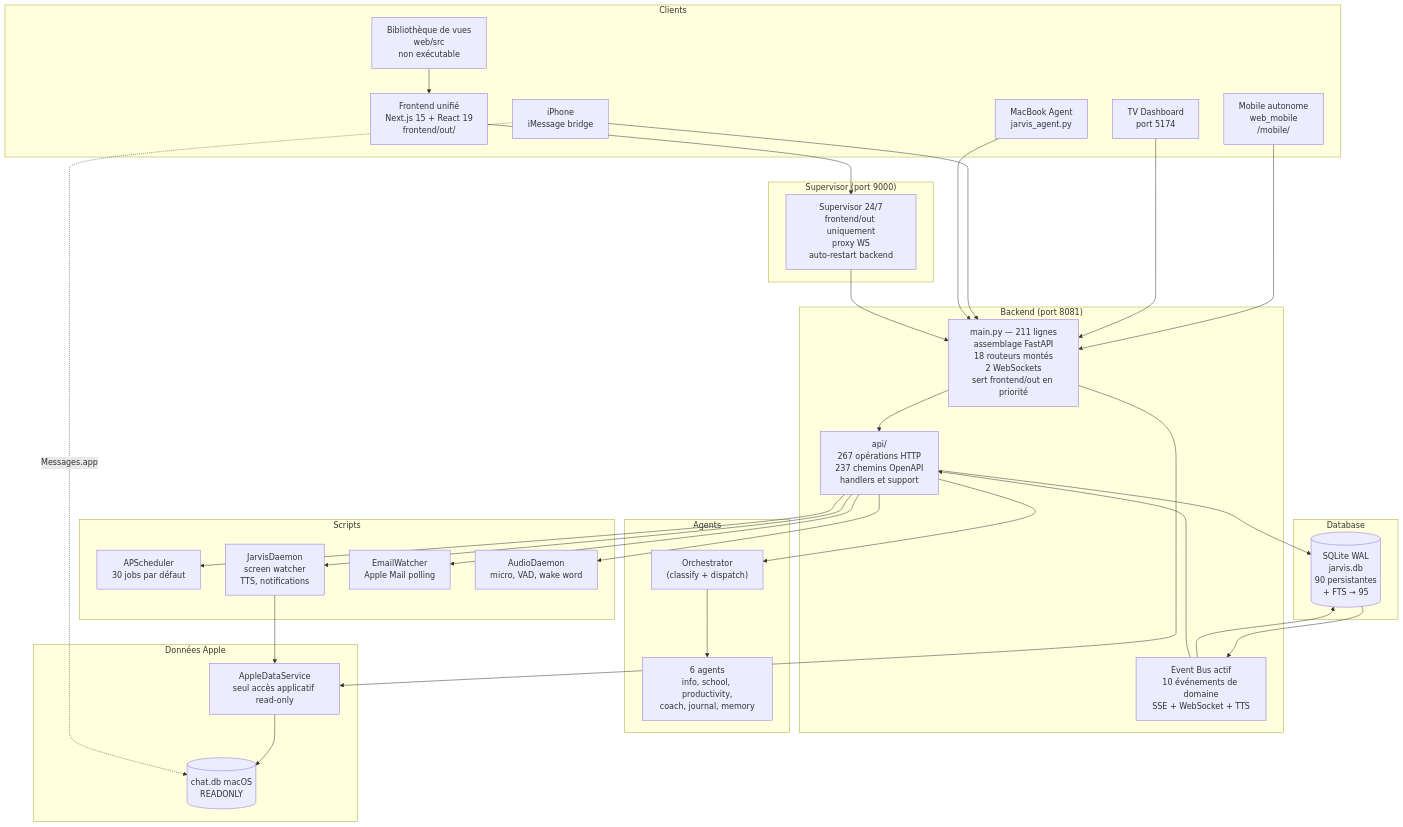
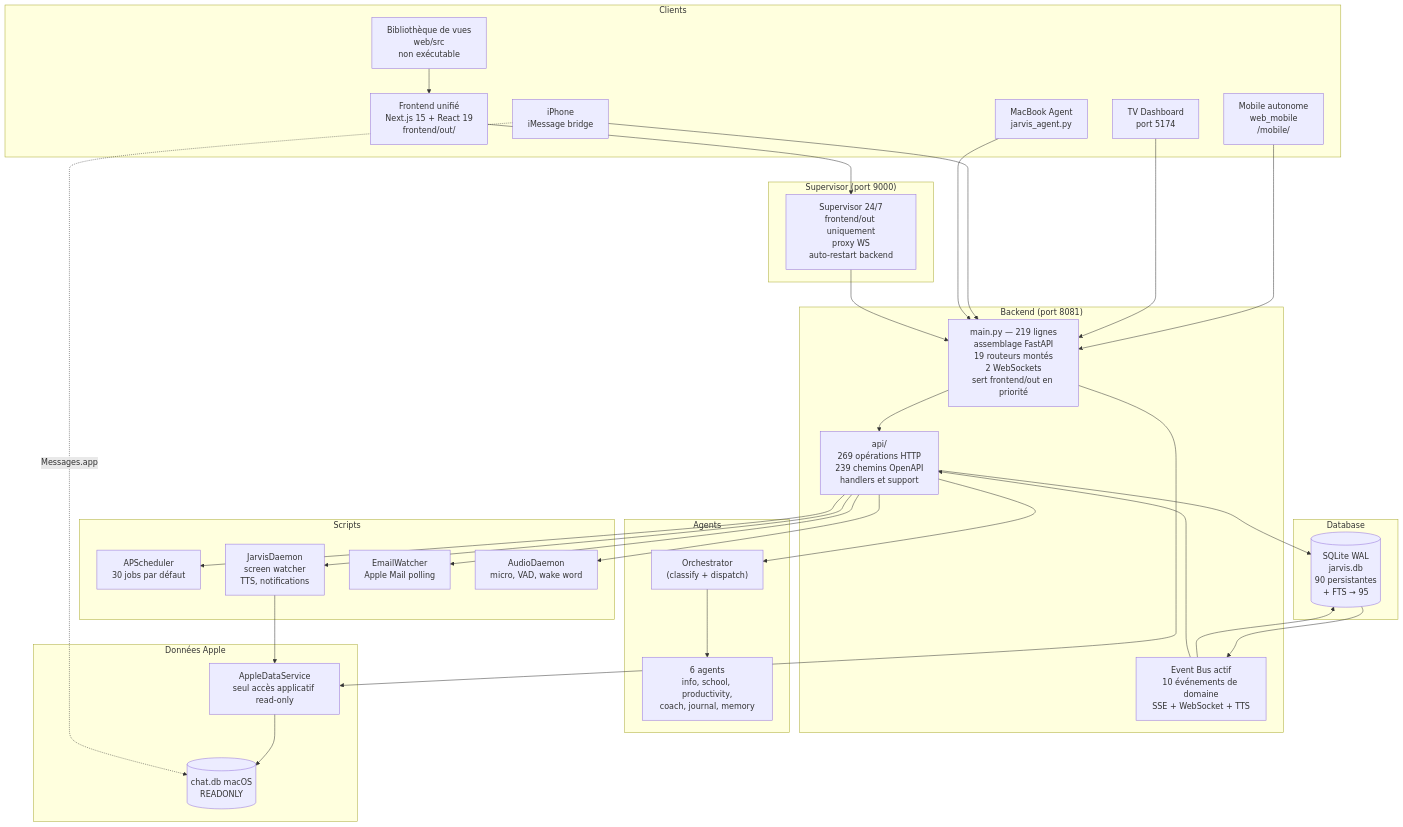
Before and after one commit to AVTAVANTTOUT2/JarvisAPI: the first of 2 diagrams in Architecture/INDEX.md, drawn with Mermaid. The commit also changed other lines of this file and 29 other files, not shown here.

Commit message:
chore(api): publish versioned OpenAPI contract

````diff
--- a/Architecture/INDEX.md
+++ b/Architecture/INDEX.md
@@ -113,65 +114,65 @@
 ```mermaid
 graph TB
     subgraph "Clients"
         FRONT["Frontend unifié<br/>Next.js 15 + React 19<br/>frontend/out/"]
         VIEWS["Bibliothèque de vues<br/>web/src<br/>non exécutable"]
         MOBILE["Mobile autonome<br/>web_mobile<br/>/mobile/"]
         TV["TV Dashboard<br/>port 5174"]
         IMESSAGE["iPhone<br/>iMessage bridge"]
         AGENT["MacBook Agent<br/>jarvis_agent.py"]
     end
 
     subgraph "Supervisor (port 9000)"
         SUP["Supervisor 24/7<br/>frontend/out uniquement<br/>proxy WS<br/>auto-restart backend"]
     end
 
     subgraph "Backend (port 8081)"
-        MAIN["main.py — 211 lignes<br/>assemblage FastAPI<br/>18 routeurs montés<br/>2 WebSockets<br/>sert frontend/out en priorité"]
-        API["api/<br/>267 opérations HTTP<br/>237 chemins OpenAPI<br/>handlers et support"]
+        MAIN["main.py — 219 lignes<br/>assemblage FastAPI<br/>19 routeurs montés<br/>2 WebSockets<br/>sert frontend/out en priorité"]
+        API["api/<br/>269 opérations HTTP<br/>239 chemins OpenAPI<br/>handlers et support"]
         BUS["Event Bus actif<br/>10 événements de domaine<br/>SSE + WebSocket + TTS"]
     end
 
     subgraph "Agents"
         ORCH["Orchestrator<br/>(classify + dispatch)"]
         AG["6 agents<br/>info, school, productivity,<br/>coach, journal, memory"]
     end
 
     subgraph "Database"
         DB[(SQLite WAL<br/>jarvis.db<br/>90 persistantes<br/>+ FTS → 95)]
     end
 
     subgraph "Données Apple"
         APPLE["AppleDataService<br/>seul accès applicatif read-only"]
         CHATDB[(chat.db macOS<br/>READONLY)]
     end
 
     subgraph "Scripts"
         SCHED["APScheduler<br/>30 jobs par défaut"]
         DAEMON["JarvisDaemon<br/>screen watcher<br/>TTS, notifications"]
         EMAILW["EmailWatcher<br/>Apple Mail polling"]
         AUDIOD["AudioDaemon<br/>micro, VAD, wake word"]
     end
 
     FRONT --> SUP
     VIEWS --> FRONT
     MOBILE --> MAIN
     TV --> MAIN
     IMESSAGE --> MAIN
     AGENT --> MAIN
     SUP --> MAIN
     MAIN --> API
     API --> ORCH
     ORCH --> AG
     API --> DB
     DB --> BUS
     BUS --> DB
     BUS --> API
     API --> SCHED
     API --> DAEMON
     API --> EMAILW
     API --> AUDIOD
     MAIN --> APPLE
     DAEMON --> APPLE
     APPLE --> CHATDB
     IMESSAGE -. "Messages.app" .-> CHATDB
 ```
````
